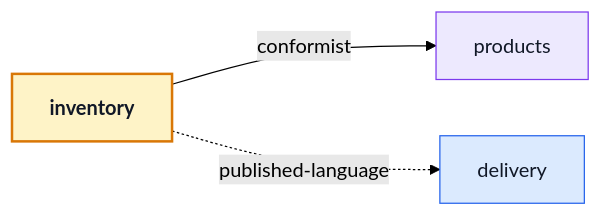
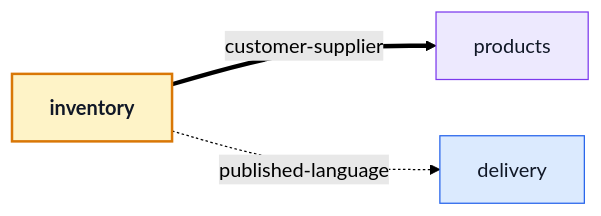
The first of 3 diagrams in docs/modules/inventory.md (Guebbit/boilerplate-vue-frontend), drawn with Mermaid (forest theme) before and after one commit. The commit also changed other lines of this file and 71 other files, not shown here.

````diff
--- a/docs/modules/inventory.md
+++ b/docs/modules/inventory.md
@@ -24,14 +24,14 @@
 ```mermaid
 %%{init: {'flowchart': {'nodeSpacing': 45, 'rankSpacing': 75}}}%%
 flowchart LR
-    inventory["<b>inventory</b>"] -->|"conformist"| products["products"]
+    inventory["<b>inventory</b>"] ==>|"customer-supplier"| products["products"]
     inventory["<b>inventory</b>"] -.->|"published-language"| delivery["delivery"]
 
     classDef core fill:#ede9fe,stroke:#7c3aed,color:#111827;
     classDef supporting fill:#dbeafe,stroke:#2563eb,color:#111827;
     classDef generic fill:#ccfbf1,stroke:#0f766e,color:#111827;
     classDef self fill:#fef3c7,stroke:#d97706,color:#111827,stroke-width:2px;
     class products core;
     class delivery supporting;
     class inventory self;
 ```
````
